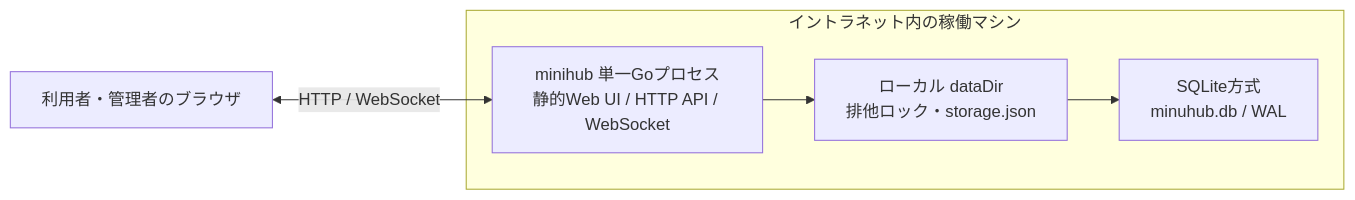
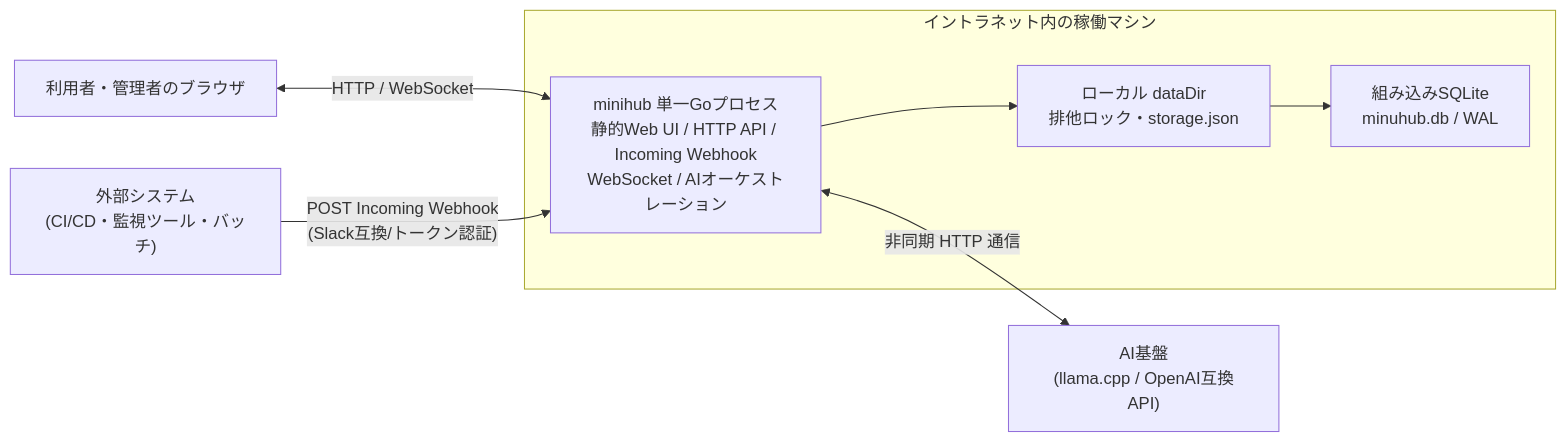
Before and after one commit to masapico/mini-hub: the first of 3 diagrams in docs/architecture.md, drawn with Mermaid. The commit also changed other lines of this file and 11 other files, not shown here.

````diff
--- a/docs/architecture.md
+++ b/docs/architecture.md
@@ -7,12 +7,18 @@
 ```mermaid
 flowchart LR
     U["利用者・管理者のブラウザ"]
+    EXT["外部システム<br/>(CI/CD・監視ツール・バッチ)"]
+    AI["AI基盤<br/>(llama.cpp / OpenAI互換API)"]
+
     subgraph HOST["イントラネット内の稼働マシン"]
-        APP["minihub 単一Goプロセス<br/>静的Web UI / HTTP API / WebSocket"]
+        APP["minihub 単一Goプロセス<br/>静的Web UI / HTTP API / Incoming Webhook<br/>WebSocket / AIオーケストレーション"]
         DIR["ローカル dataDir<br/>排他ロック・storage.json"]
-        DB["SQLite方式<br/>minuhub.db / WAL"]
+        DB["組み込みSQLite<br/>minuhub.db / WAL"]
         APP --> DIR
         DIR --> DB
     end
+
     U <-->|"HTTP / WebSocket"| APP
+    EXT -->|"POST Incoming Webhook<br/>(Slack互換/トークン認証)"| APP
+    APP <-->|"非同期 HTTP 通信"| AI
 ```
````
